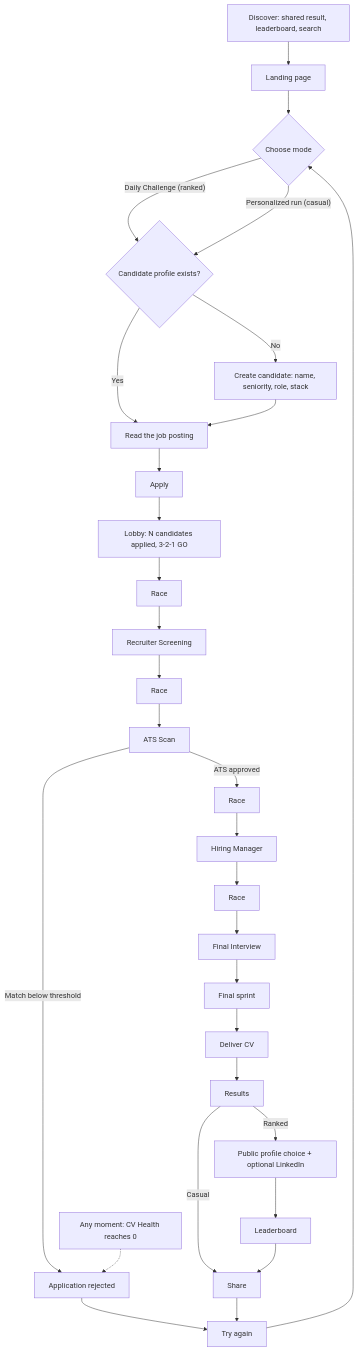
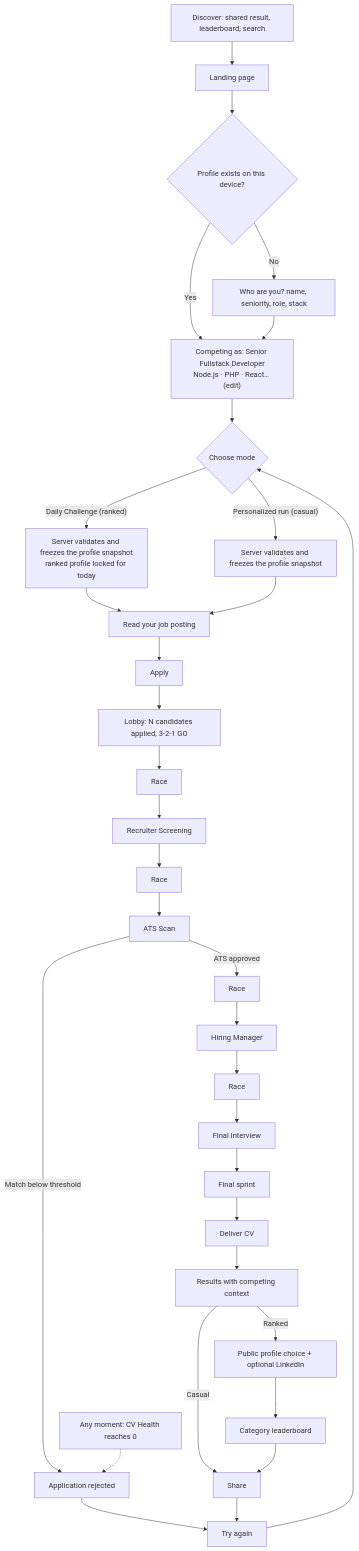
Before and after one commit to ricardoverita/cv-rush: the first of 2 diagrams in docs/product/player-journey.md, drawn with Mermaid. The commit also changed other lines of this file and 31 other files, not shown here.

First line of the commit message:
docs: make ranked profile-first with competitive categories

````diff
--- a/docs/product/player-journey.md
+++ b/docs/product/player-journey.md
@@ -9,25 +9,28 @@
 ```mermaid
 flowchart TD
   discover["Discover: shared result, leaderboard, search"] --> landing["Landing page"]
-  landing --> mode{"Choose mode"}
-  mode -->|"Daily Challenge (ranked)"| hasProfile{"Candidate profile exists?"}
-  mode -->|"Personalized run (casual)"| hasProfile
-  hasProfile -->|"No"| onboarding["Create candidate: name, seniority, role, stack"]
-  hasProfile -->|"Yes"| job
-  onboarding --> job["Read the job posting"]
+  landing --> hasProfile{"Profile exists on this device?"}
+  hasProfile -->|"No"| onboarding["Who are you? name, seniority, role, stack"]
+  hasProfile -->|"Yes"| confirm
+  onboarding --> confirm["Competing as: Senior Fullstack Developer<br/>Node.js · PHP · React… (edit)"]
+  confirm --> mode{"Choose mode"}
+  mode -->|"Daily Challenge (ranked)"| validate["Server validates and freezes the profile snapshot<br/>ranked profile locked for today"]
+  mode -->|"Personalized run (casual)"| validateC["Server validates and freezes the profile snapshot"]
+  validate --> job["Read your job posting"]
+  validateC --> job
   job --> apply["Apply"]
   apply --> lobby["Lobby: N candidates applied, 3-2-1 GO"]
   lobby --> race1["Race"] --> recruiter["Recruiter Screening"] --> race2["Race"] --> ats["ATS Scan"]
   ats -->|"Match below threshold"| rejected["Application rejected"]
   ats -->|"ATS approved"| race3["Race"] --> hm["Hiring Manager"] --> race4["Race"] --> final["Final Interview"]
   final --> sprint["Final sprint"] --> deliver["Deliver CV"]
   anyStage["Any moment: CV Health reaches 0"] -.-> rejected
   rejected --> retry["Try again"]
-  deliver --> results["Results"]
+  deliver --> results["Results with competing context"]
   results -->|"Ranked"| consent["Public profile choice + optional LinkedIn"]
   results -->|"Casual"| shareStep
-  consent --> leaderboard["Leaderboard"]
+  consent --> leaderboard["Category leaderboard"]
   leaderboard --> shareStep["Share"]
   shareStep --> retry
   retry --> mode
 ```
````
